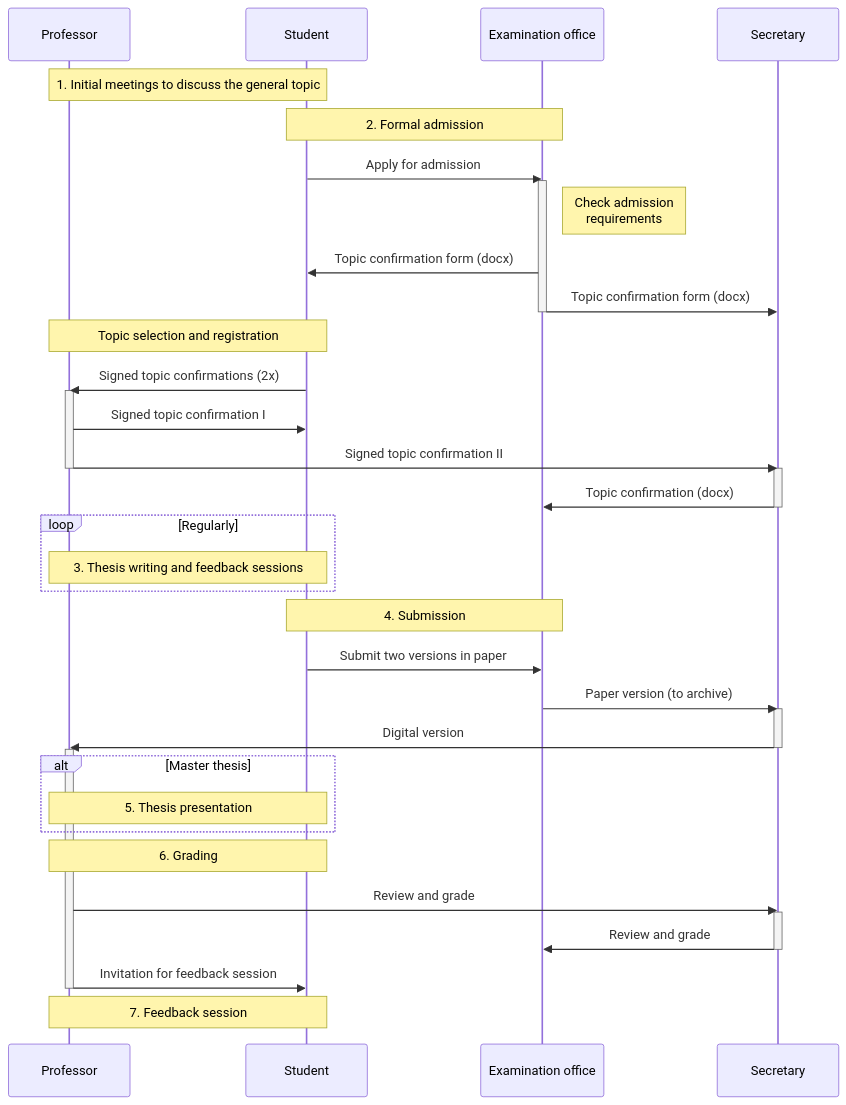
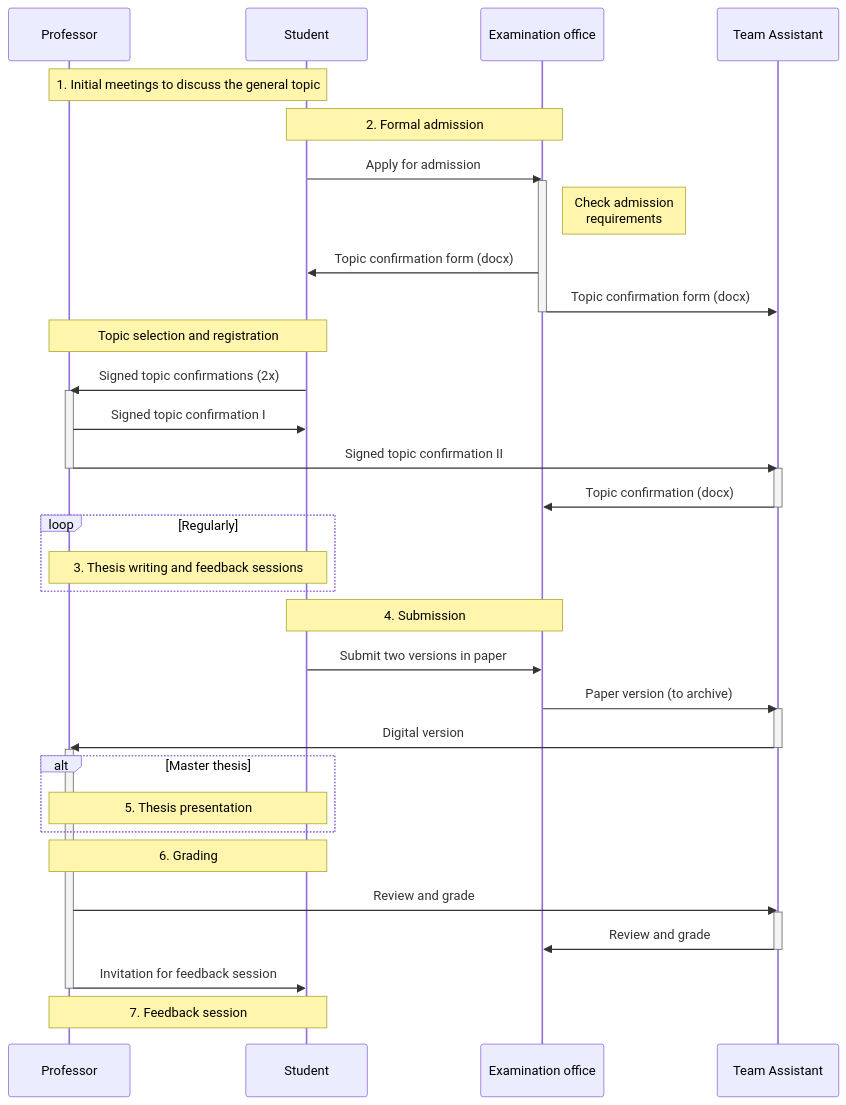
One commit to digital-work-lab/handbook changed the diagram in docs/30-teaching/30_processes/30.40.theses.md. Above: the diagram before and after it, drawn with Mermaid. The commit also changed other lines of this file and 35 other files, not shown here.

````diff
--- a/docs/30-teaching/30_processes/30.40.theses.md
+++ b/docs/30-teaching/30_processes/30.40.theses.md
@@ -24,41 +24,41 @@
 ```mermaid
 sequenceDiagram
     Note over Professor,Student: 1. Initial meetings to discuss the general topic
     Note over Student,Examination office: 2. Formal admission
     Student->>Examination office: Apply for admission
     activate Examination office
     Note right of Examination office: Check admission<br/>requirements
     Examination office->>Student: Topic confirmation form (docx)
-    Examination office->>Secretary: Topic confirmation form (docx)
+    Examination office->>Team Assistant: Topic confirmation form (docx)
     deactivate Examination office
     Note over Professor,Student: Topic selection and registration
     Student->>Professor: Signed topic confirmations (2x)
     activate Professor
     Professor->>Student: Signed topic confirmation I
-    Professor->>Secretary: Signed topic confirmation II
+    Professor->>Team Assistant: Signed topic confirmation II
     deactivate Professor
-    activate Secretary
-    Secretary->>Examination office: Topic confirmation (docx)
-    deactivate Secretary
+    activate Team Assistant
+    Team Assistant->>Examination office: Topic confirmation (docx)
+    deactivate Team Assistant
     loop Regularly
         Note over Professor,Student: 3. Thesis writing and feedback sessions
     end
         Note over Student,Examination office: 4. Submission
     Student->>Examination office: Submit two versions in paper
-    Examination office->>Secretary: Paper version (to archive)
-    activate Secretary
-    Secretary->>Professor: Digital version
-    deactivate Secretary
+    Examination office->>Team Assistant: Paper version (to archive)
+    activate Team Assistant
+    Team Assistant->>Professor: Digital version
+    deactivate Team Assistant
     activate Professor
     alt Master thesis
         Note over Professor,Student: 5. Thesis presentation
     end
     Note over Professor,Student: 6. Grading
-    Professor->>Secretary: Review and grade
-    activate Secretary
-    Secretary->>Examination office: Review and grade
-    deactivate Secretary
+    Professor->>Team Assistant: Review and grade
+    activate Team Assistant
+    Team Assistant->>Examination office: Review and grade
+    deactivate Team Assistant
     Professor->>Student: Invitation for feedback session
     deactivate Professor
     Note over Professor,Student: 7. Feedback session
 ```
````
